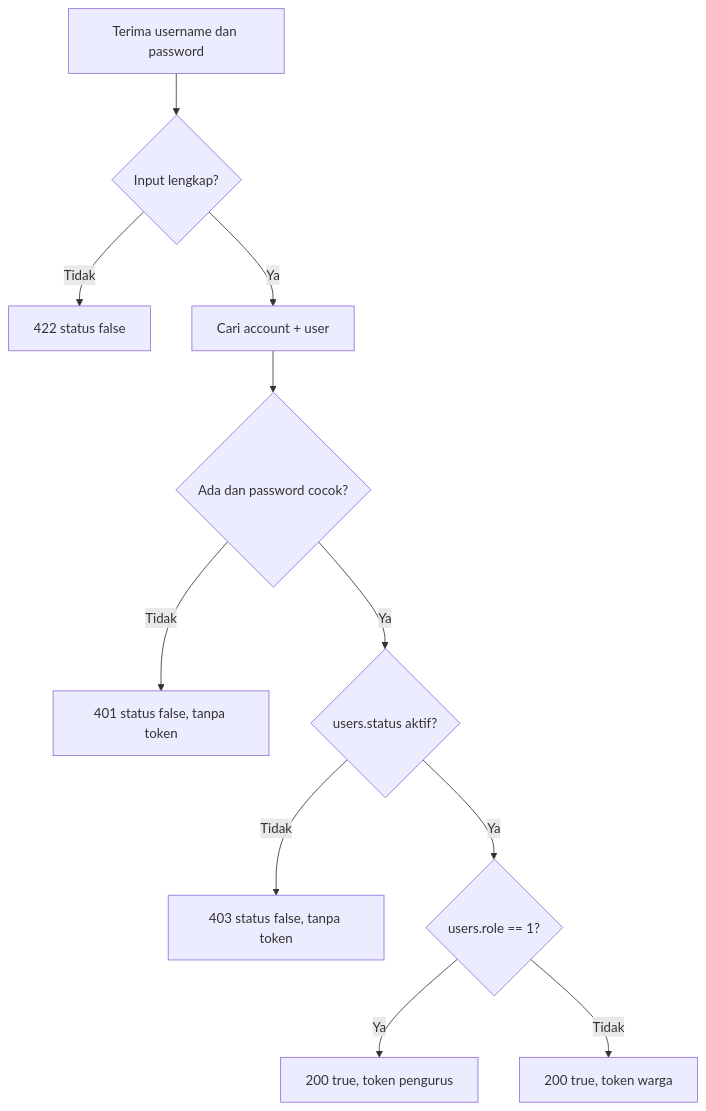
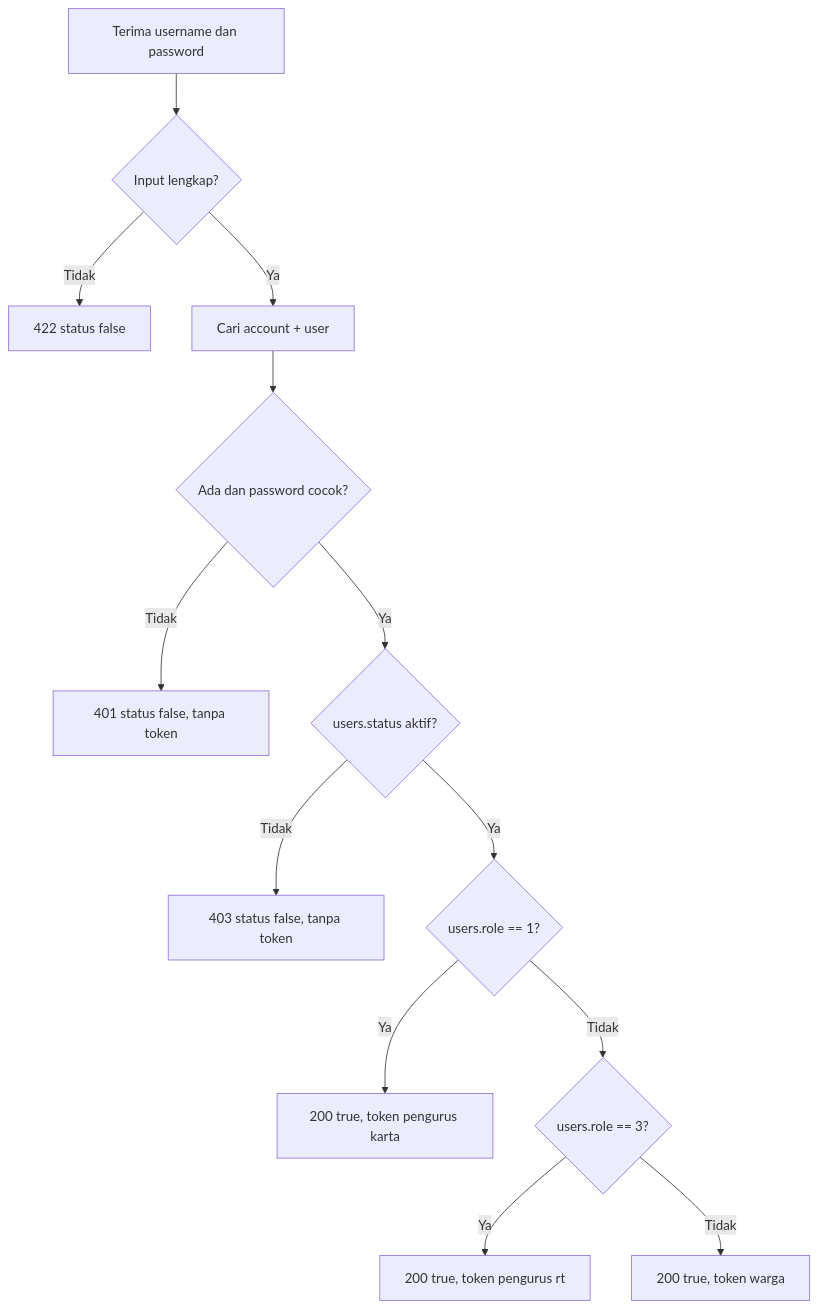
Before and after one commit to HoseajsJ/project-vilt: the second of 6 diagrams in example-app/my23 Desain Dasar Login.md, drawn with Mermaid. The commit also changed other lines of this file and 56 other files, not shown here.

````diff
--- a/example-app/my23 Desain Dasar Login.md
+++ b/example-app/my23 Desain Dasar Login.md
@@ -694,13 +759,15 @@
 ```mermaid
 flowchart TD
     A[Terima username dan password] --> B{Input lengkap?}
     B -- Tidak --> E422[422 status false]
     B -- Ya --> C[Cari account + user]
     C --> D{Ada dan password cocok?}
     D -- Tidak --> E401[401 status false, tanpa token]
     D -- Ya --> F{users.status aktif?}
     F -- Tidak --> E403[403 status false, tanpa token]
     F -- Ya --> G{users.role == 1?}
-    G -- Ya --> H[200 true, token pengurus]
-    G -- Tidak --> I[200 true, token warga]
+    G -- Ya --> H[200 true, token pengurus karta]
+    G -- Tidak --> G2{users.role == 3?}
+    G2 -- Ya --> H2[200 true, token pengurus rt]
+    G2 -- Tidak --> I[200 true, token warga]
 ```
````
